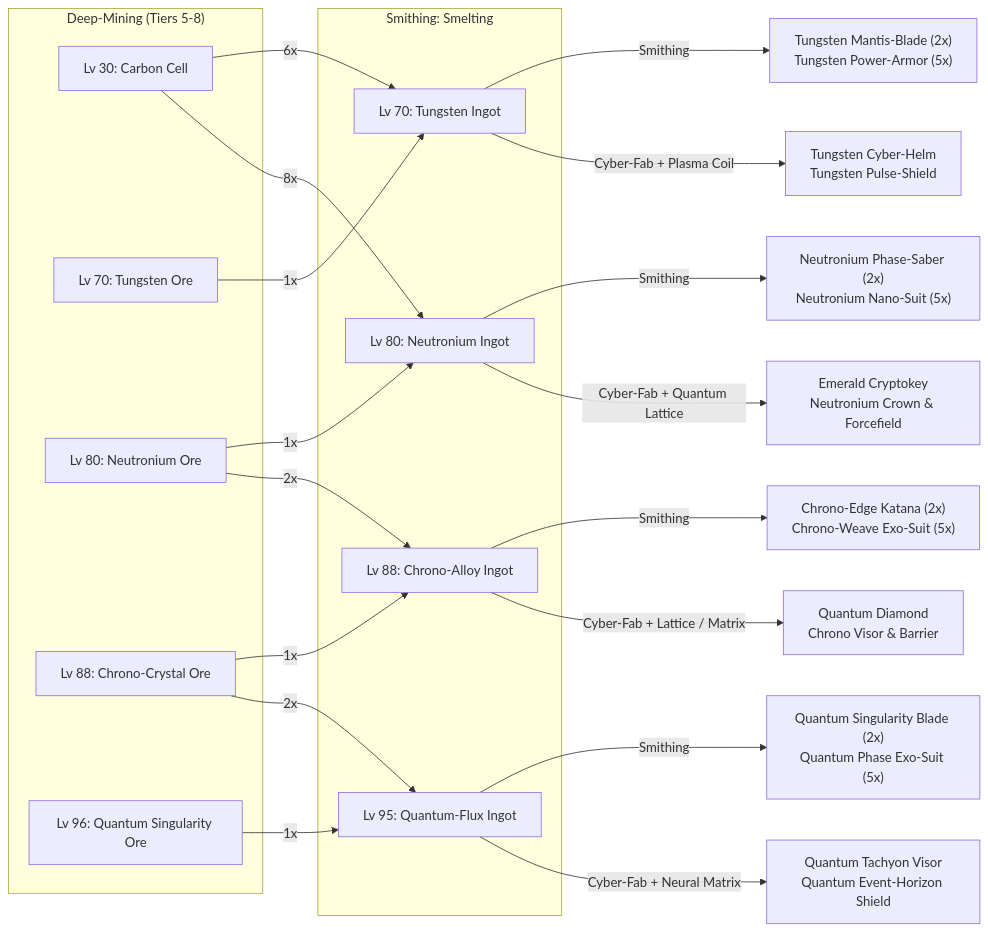
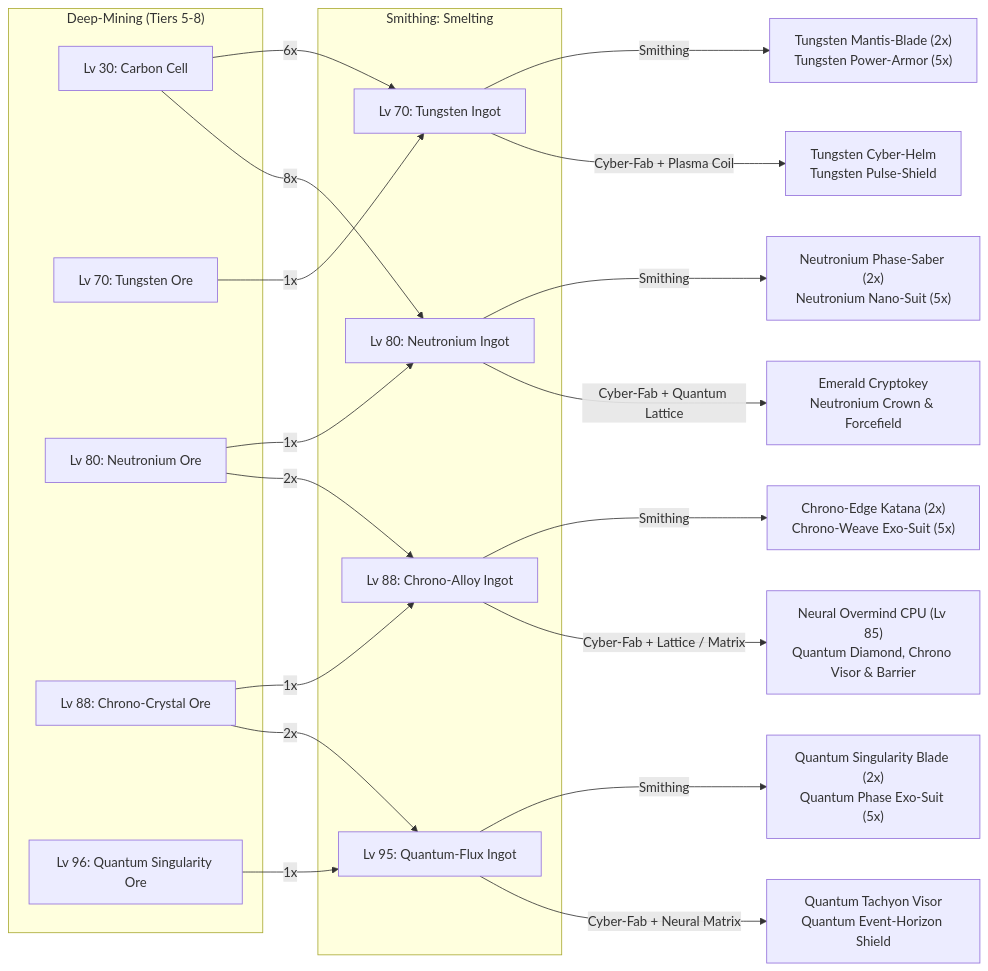
One commit to Mizux/routineverse changed the fourth of 5 diagrams in docs/logistics.md. Above: the diagram before and after it, drawn with Mermaid. The commit also changed other lines of this file and 4 other files, not shown here.

````diff
--- a/docs/logistics.md
+++ b/docs/logistics.md
@@ -164,41 +179,41 @@
 ```mermaid
 flowchart LR
   subgraph Ores2["Deep-Mining (Tiers 5-8)"]
     O_CC2["Lv 30: Carbon Cell"]
     O_TU["Lv 70: Tungsten Ore"]
     O_NE["Lv 80: Neutronium Ore"]
     O_CH["Lv 88: Chrono-Crystal Ore"]
     O_QU["Lv 96: Quantum Singularity Ore"]
   end
 
   subgraph Ingots2["Smithing: Smelting"]
     A_TU["Lv 70: Tungsten Ingot"]
     A_NE["Lv 80: Neutronium Ingot"]
     A_CH["Lv 88: Chrono-Alloy Ingot"]
     A_QU["Lv 95: Quantum-Flux Ingot"]
   end
 
   O_TU -->|"1x"| A_TU
   O_CC2 -->|"6x"| A_TU
 
   O_NE -->|"1x"| A_NE
   O_CC2 -->|"8x"| A_NE
 
   O_CH -->|"1x"| A_CH
   O_NE -->|"2x"| A_CH
 
   O_QU -->|"1x"| A_QU
   O_CH -->|"2x"| A_QU
 
   A_TU -->|"Smithing"| G_TU["Tungsten Mantis-Blade (2x)<br/>Tungsten Power-Armor (5x)"]
   A_TU -->|"Cyber-Fab + Plasma Coil"| F_TU["Tungsten Cyber-Helm<br/>Tungsten Pulse-Shield"]
 
   A_NE -->|"Smithing"| G_NE["Neutronium Phase-Saber (2x)<br/>Neutronium Nano-Suit (5x)"]
   A_NE -->|"Cyber-Fab + Quantum Lattice"| F_NE["Emerald Cryptokey<br/>Neutronium Crown & Forcefield"]
 
   A_CH -->|"Smithing"| G_CH["Chrono-Edge Katana (2x)<br/>Chrono-Weave Exo-Suit (5x)"]
-  A_CH -->|"Cyber-Fab + Lattice / Matrix"| F_CH["Quantum Diamond<br/>Chrono Visor & Barrier"]
+  A_CH -->|"Cyber-Fab + Lattice / Matrix"| F_CH["Neural Overmind CPU (Lv 85)<br/>Quantum Diamond, Chrono Visor & Barrier"]
 
   A_QU -->|"Smithing"| G_QU["Quantum Singularity Blade (2x)<br/>Quantum Phase Exo-Suit (5x)"]
   A_QU -->|"Cyber-Fab + Neural Matrix"| F_QU["Quantum Tachyon Visor<br/>Quantum Event-Horizon Shield"]
 ```
````
